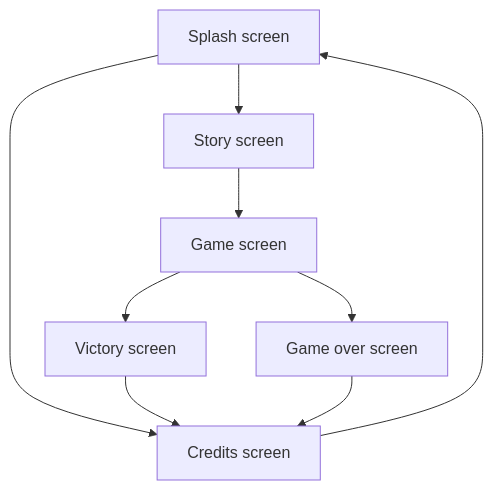
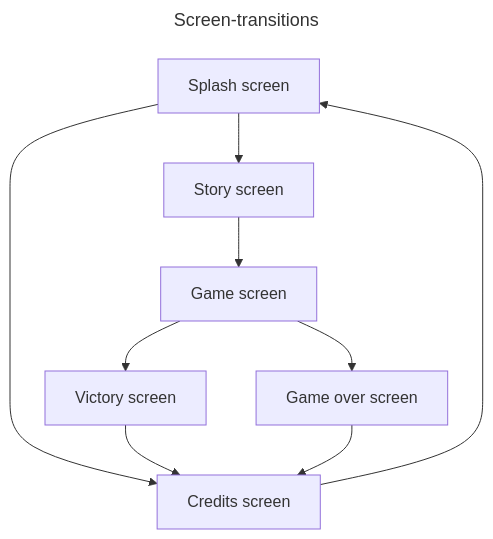
The diagram in readme.md (sundhaug92/reentrii), drawn with Mermaid before and after one commit.

Commit message:
Move title to mermaid

````diff
--- a/readme.md
+++ b/readme.md
@@ -28,17 +26,21 @@
 ```mermaid
+---
+title: Screen-transitions
+---
+
 graph TD;
     splash["Splash screen"];
     credits["Credits screen"];
     splash-->credits;
     credits-->splash;
     splash-->story;
     story["Story screen"];
     game["Game screen"];
     story-->game;
     victory["Victory screen"];
     game-->victory;
     victory-->credits;
     gameover["Game over screen"];
     game-->gameover;
     gameover-->credits;
 ```
````
